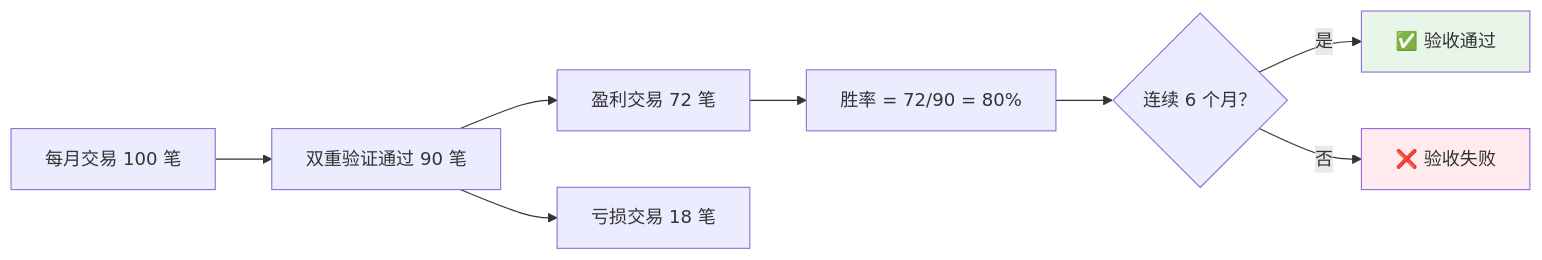
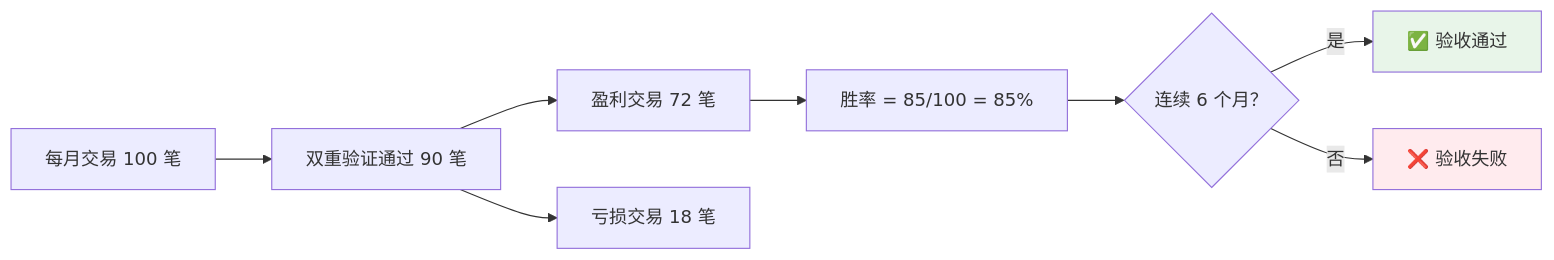
The first of 6 diagrams in 05_成功标识与验证/04_验收标准通俗解释.md (myxxhui/diting-doc), drawn with Mermaid before and after one commit. The commit also changed other lines of this file and 39 other files, not shown here.

````diff
--- a/05_成功标识与验证/04_验收标准通俗解释.md
+++ b/05_成功标识与验证/04_验收标准通俗解释.md
@@ -55,13 +55,13 @@
 ```mermaid
 flowchart LR
     A[每月交易 100 笔] --> B[双重验证通过 90 笔]
     B --> C[盈利交易 72 笔]
     B --> D[亏损交易 18 笔]
-    C --> E[胜率 = 72/90 = 80%]
+    C --> E[胜率 = 85/100 = 85%]
     E --> F{连续 6 个月？}
     F -->|是| G[✅ 验收通过]
     F -->|否| H[❌ 验收失败]
     
     style G fill:#e8f5e9
     style H fill:#ffebee
 ```
````
